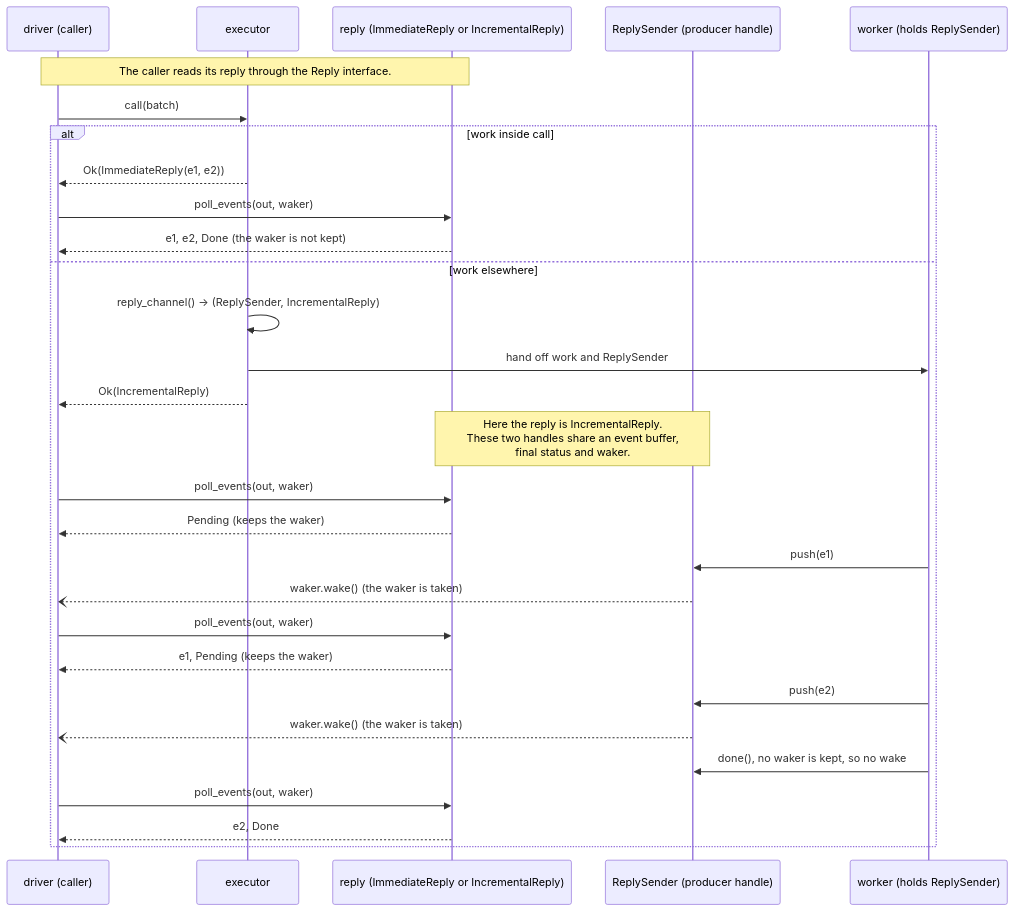
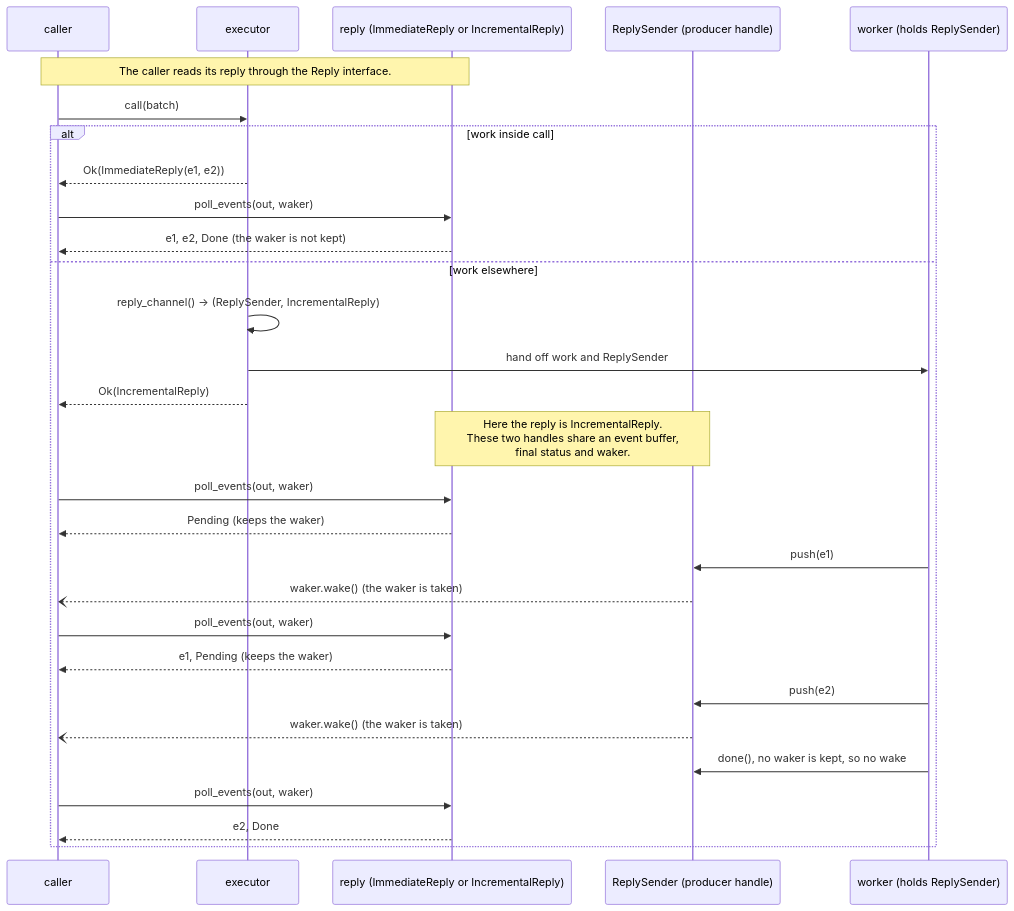
Before and after one commit to microsoft/qdk: the second of 2 diagrams in source/executor_protocol/docs/replies.md, drawn with Mermaid. The commit also changed other lines of this file and 64 other files, not shown here.

````diff
--- a/source/executor_protocol/docs/replies.md
+++ b/source/executor_protocol/docs/replies.md
@@ -169,31 +171,31 @@
 ```mermaid
 sequenceDiagram
-  participant D as driver (caller)
+  participant D as caller
   participant X as executor
   participant R as reply (ImmediateReply or IncrementalReply)
   participant C as ReplySender (producer handle)
   participant K as worker (holds ReplySender)
   Note over D,R: The caller reads its reply through the Reply interface.
   D->>X: call(batch)
   alt work inside call
     X-->>D: Ok(ImmediateReply(e1, e2))
     D->>R: poll_events(out, waker)
     R-->>D: e1, e2, Done (the waker is not kept)
   else work elsewhere
     X->>X: reply_channel() → (ReplySender, IncrementalReply)
     X->>K: hand off work and ReplySender
     X-->>D: Ok(IncrementalReply)
     Note over R,C: Here the reply is IncrementalReply.<br/>These two handles share an event buffer,<br/>final status and waker.
     D->>R: poll_events(out, waker)
     R-->>D: Pending (keeps the waker)
     K->>C: push(e1)
     C--)D: waker.wake() (the waker is taken)
     D->>R: poll_events(out, waker)
     R-->>D: e1, Pending (keeps the waker)
     K->>C: push(e2)
     C--)D: waker.wake() (the waker is taken)
     K->>C: done(), no waker is kept, so no wake
     D->>R: poll_events(out, waker)
     R-->>D: e2, Done
   end
 ```
````
